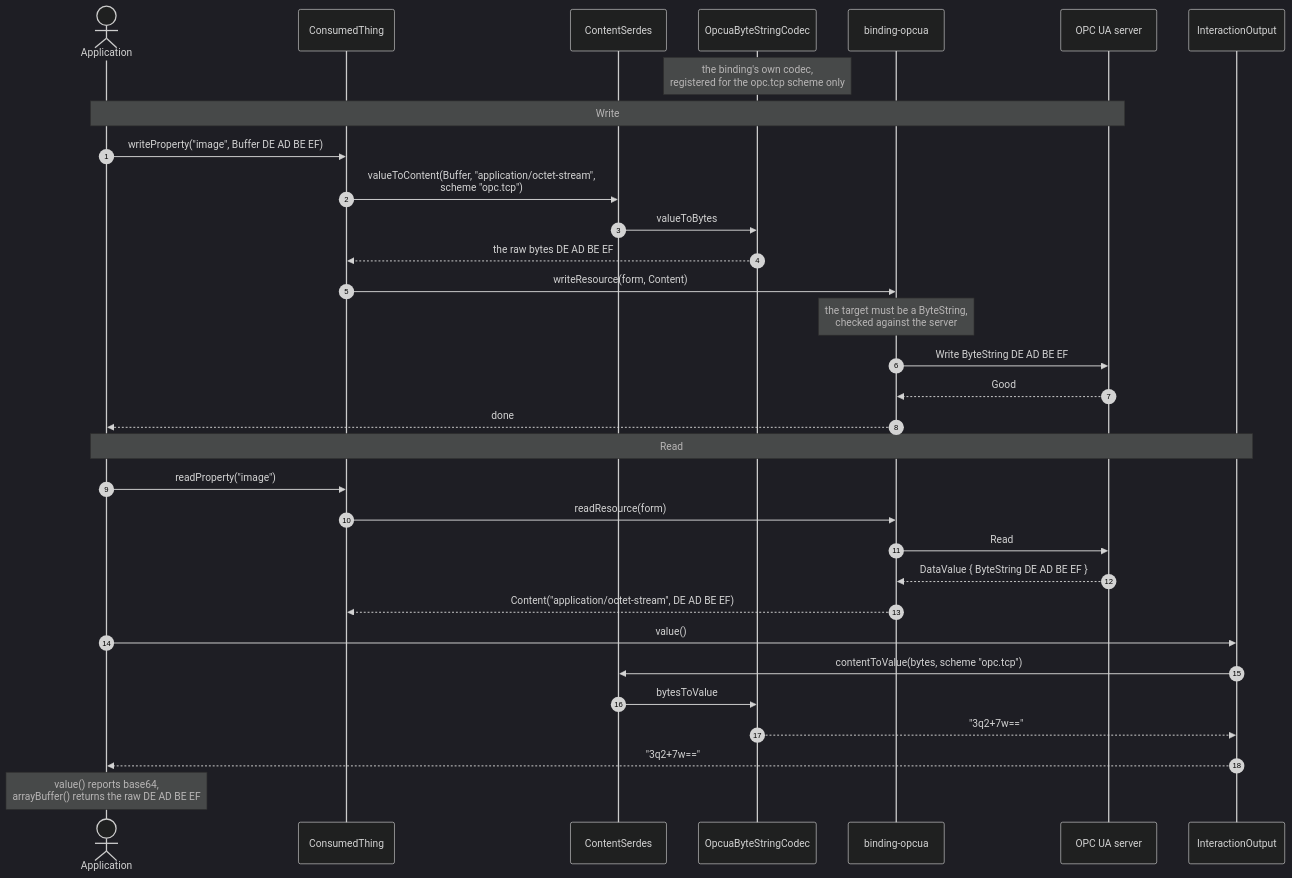
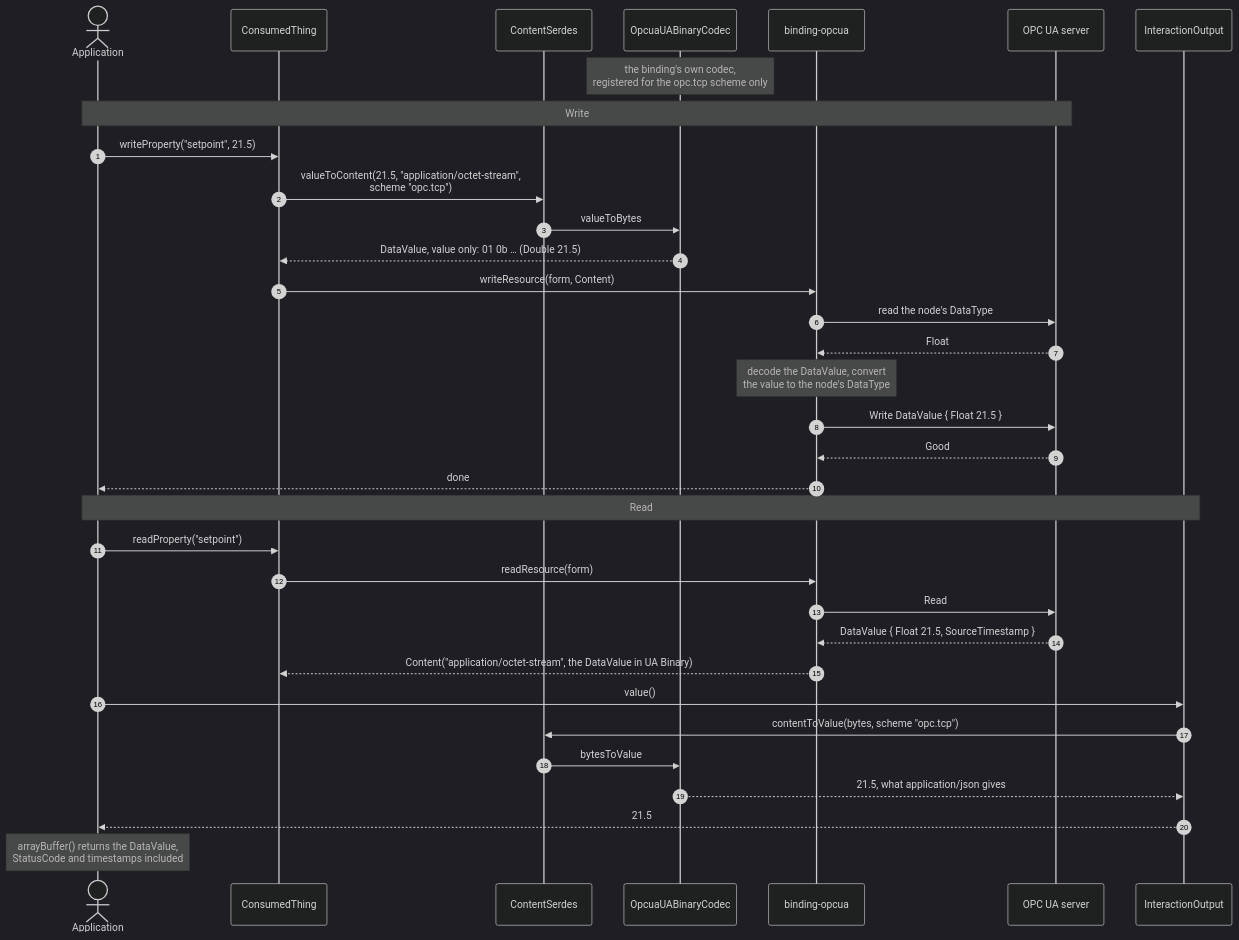
Before and after one commit to eclipse-thingweb/node-wot: the fourth of 5 diagrams in packages/binding-opcua/doc/content-negotiation.md, drawn with Mermaid (dark theme). The commit also changed other lines of this file and 4 other files, not shown here.

First line of the commit message:
docs(binding-opcua): octet-stream is OPC UA Binary (D7, D4 withdrawn)

````diff
--- a/packages/binding-opcua/doc/content-negotiation.md
+++ b/packages/binding-opcua/doc/content-negotiation.md
@@ -142,34 +144,36 @@
 ```mermaid
 sequenceDiagram
     autonumber
     actor App as Application
     participant CT as ConsumedThing
     participant CS as ContentSerdes
-    participant BS as OpcuaByteStringCodec
+    participant UB as OpcuaUABinaryCodec
     participant B as binding-opcua
     participant Srv as OPC UA server
     participant IO as InteractionOutput
-    Note over BS: the binding's own codec,<br/>registered for the opc.tcp scheme only
+    Note over UB: the binding's own codec,<br/>registered for the opc.tcp scheme only
     Note over App,Srv: Write
-    App->>CT: writeProperty("image", Buffer DE AD BE EF)
-    CT->>CS: valueToContent(Buffer, "application/octet-stream",<br/>scheme "opc.tcp")
-    CS->>BS: valueToBytes
-    BS-->>CT: the raw bytes DE AD BE EF
+    App->>CT: writeProperty("setpoint", 21.5)
+    CT->>CS: valueToContent(21.5, "application/octet-stream",<br/>scheme "opc.tcp")
+    CS->>UB: valueToBytes
+    UB-->>CT: DataValue, value only: 01 0b … (Double 21.5)
     CT->>B: writeResource(form, Content)
-    Note over B: the target must be a ByteString,<br/>checked against the server
-    B->>Srv: Write ByteString DE AD BE EF
+    B->>Srv: read the node's DataType
+    Srv-->>B: Float
+    Note over B: decode the DataValue, convert<br/>the value to the node's DataType
+    B->>Srv: Write DataValue { Float 21.5 }
     Srv-->>B: Good
     B-->>App: done
     Note over App,IO: Read
-    App->>CT: readProperty("image")
+    App->>CT: readProperty("setpoint")
     CT->>B: readResource(form)
     B->>Srv: Read
-    Srv-->>B: DataValue { ByteString DE AD BE EF }
-    B-->>CT: Content("application/octet-stream", DE AD BE EF)
+    Srv-->>B: DataValue { Float 21.5, SourceTimestamp }
+    B-->>CT: Content("application/octet-stream", the DataValue in UA Binary)
     App->>IO: value()
     IO->>CS: contentToValue(bytes, scheme "opc.tcp")
-    CS->>BS: bytesToValue
-    BS-->>IO: "3q2+7w=="
-    IO-->>App: "3q2+7w=="
-    Note over App: value() reports base64,<br/>arrayBuffer() returns the raw DE AD BE EF
+    CS->>UB: bytesToValue
+    UB-->>IO: 21.5, what application/json gives
+    IO-->>App: 21.5
+    Note over App: arrayBuffer() returns the DataValue,<br/>StatusCode and timestamps included
 ```
````
